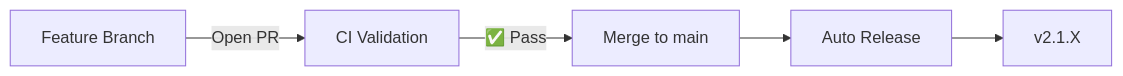
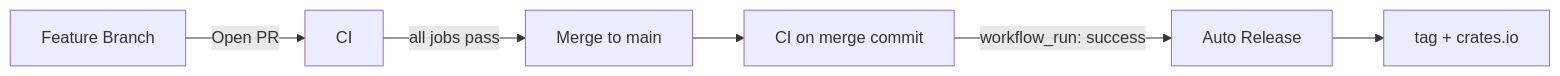
One commit to ElioNeto/ApexStore changed the second of 2 diagrams in README.md. Above: the diagram before and after it, drawn with Mermaid. The commit also changed other lines of this file and 12 other files, not shown here.

````diff
--- a/README.md
+++ b/README.md
@@ -438,7 +437,8 @@
 ```mermaid
 graph LR
-    A[Feature Branch] -->|Open PR| B[CI Validation]
-    B -->|✅ Pass| C[Merge to main]
-    C --> D[Auto Release]
-    D --> E[v2.1.X]
+    A[Feature Branch] -->|Open PR| B[CI]
+    B -->|all jobs pass| C[Merge to main]
+    C --> D[CI on merge commit]
+    D -->|workflow_run: success| E[Auto Release]
+    E --> F[tag + crates.io]
 ```
````
